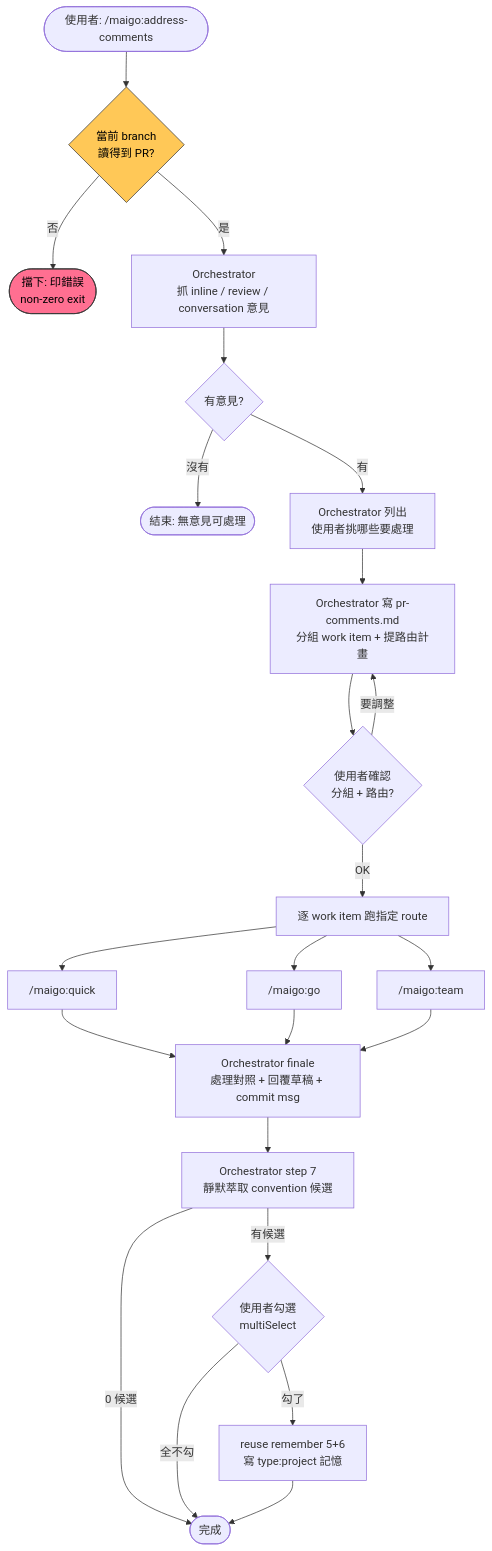
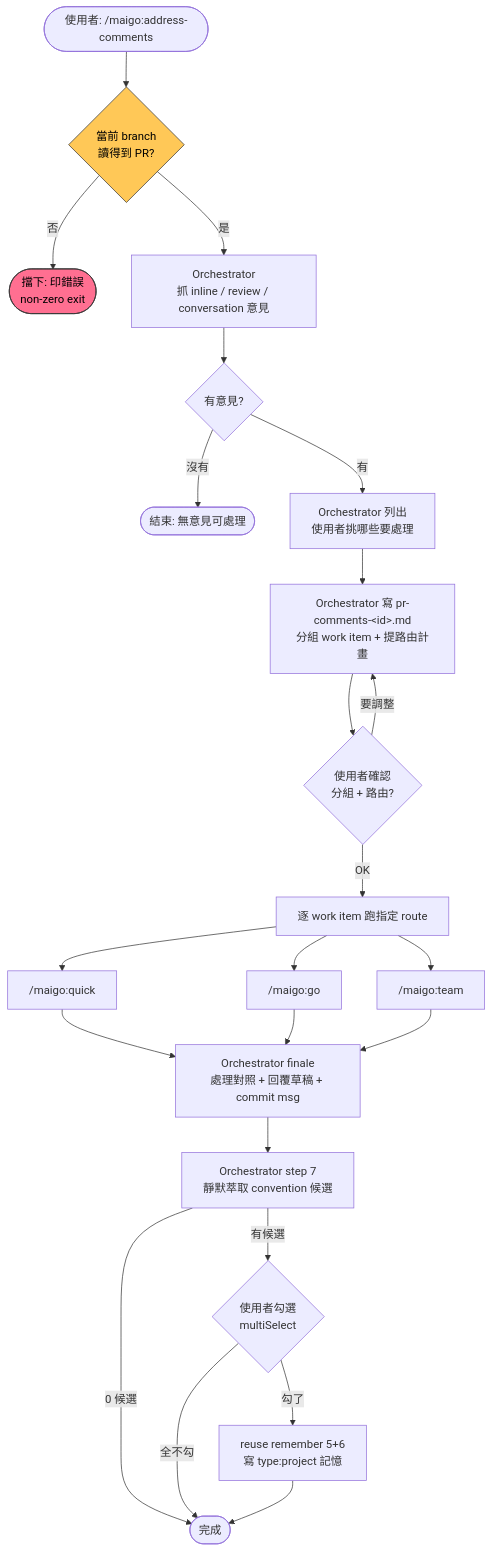
Before and after one commit to Lee-W/maigo: the diagram in docs/commands/address-comments.md, drawn with Mermaid. The commit also changed 27 other files, not shown here.

````diff
--- a/docs/commands/address-comments.md
+++ b/docs/commands/address-comments.md
@@ -1,30 +1,30 @@
 ```mermaid
 flowchart TD
     Start([使用者: /maigo:address-comments]) --> Gate{當前 branch<br/>讀得到 PR?}
     Gate -- 否 --> Block([擋下: 印錯誤<br/>non-zero exit])
     Gate -- 是 --> Fetch[Orchestrator<br/>抓 inline / review / conversation 意見]
     Fetch --> HasComments{有意見?}
     HasComments -- 沒有 --> NoOp([結束: 無意見可處理])
     HasComments -- 有 --> List[Orchestrator 列出<br/>使用者挑哪些要處理]
-    List --> Plan[Orchestrator 寫 pr-comments.md<br/>分組 work item + 提路由計畫]
+    List --> Plan[Orchestrator 寫 pr-comments-&lt;id&gt;.md<br/>分組 work item + 提路由計畫]
     Plan --> Confirm{使用者確認<br/>分組 + 路由?}
     Confirm -- 要調整 --> Plan
     Confirm -- OK --> Route[逐 work item 跑指定 route]
     Route --> Quick["/maigo:quick"]
     Route --> Go["/maigo:go"]
     Route --> Team["/maigo:team"]
     Quick --> Finale[Orchestrator finale<br/>處理對照 + 回覆草稿 + commit msg]
     Go --> Finale
     Team --> Finale
     Finale --> Learn[Orchestrator step 7<br/>靜默萃取 convention 候選]
     Learn -- 0 候選 --> Done([完成])
     Learn -- 有候選 --> Ask{使用者勾選<br/>multiSelect}
     Ask -- 全不勾 --> Done
     Ask -- 勾了 --> Write[reuse remember 5+6<br/>寫 type:project 記憶]
     Write --> Done
 
     classDef gate fill:#FFC857,stroke:#333,color:#000
     classDef block fill:#FF6F91,stroke:#333,color:#000
     class Gate gate
     class Block block
 ```
````
